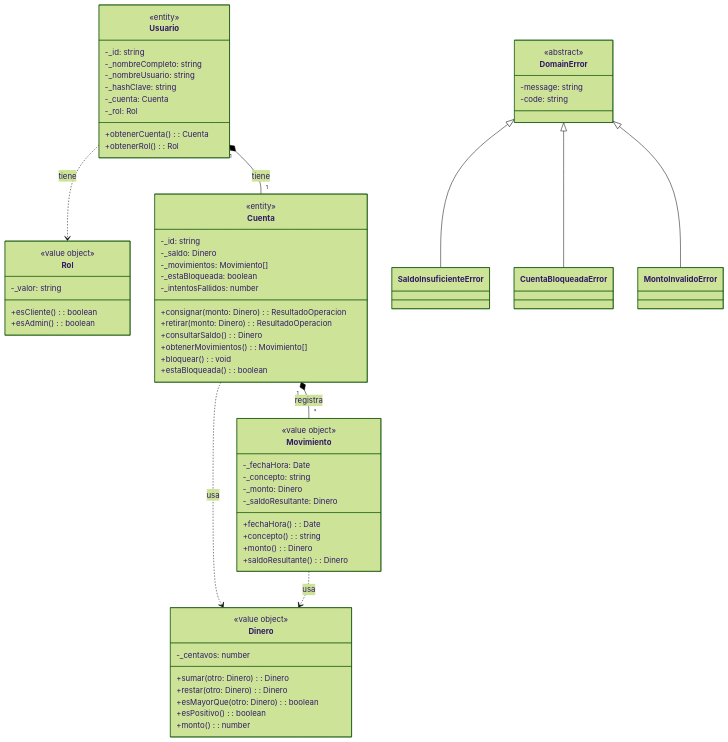
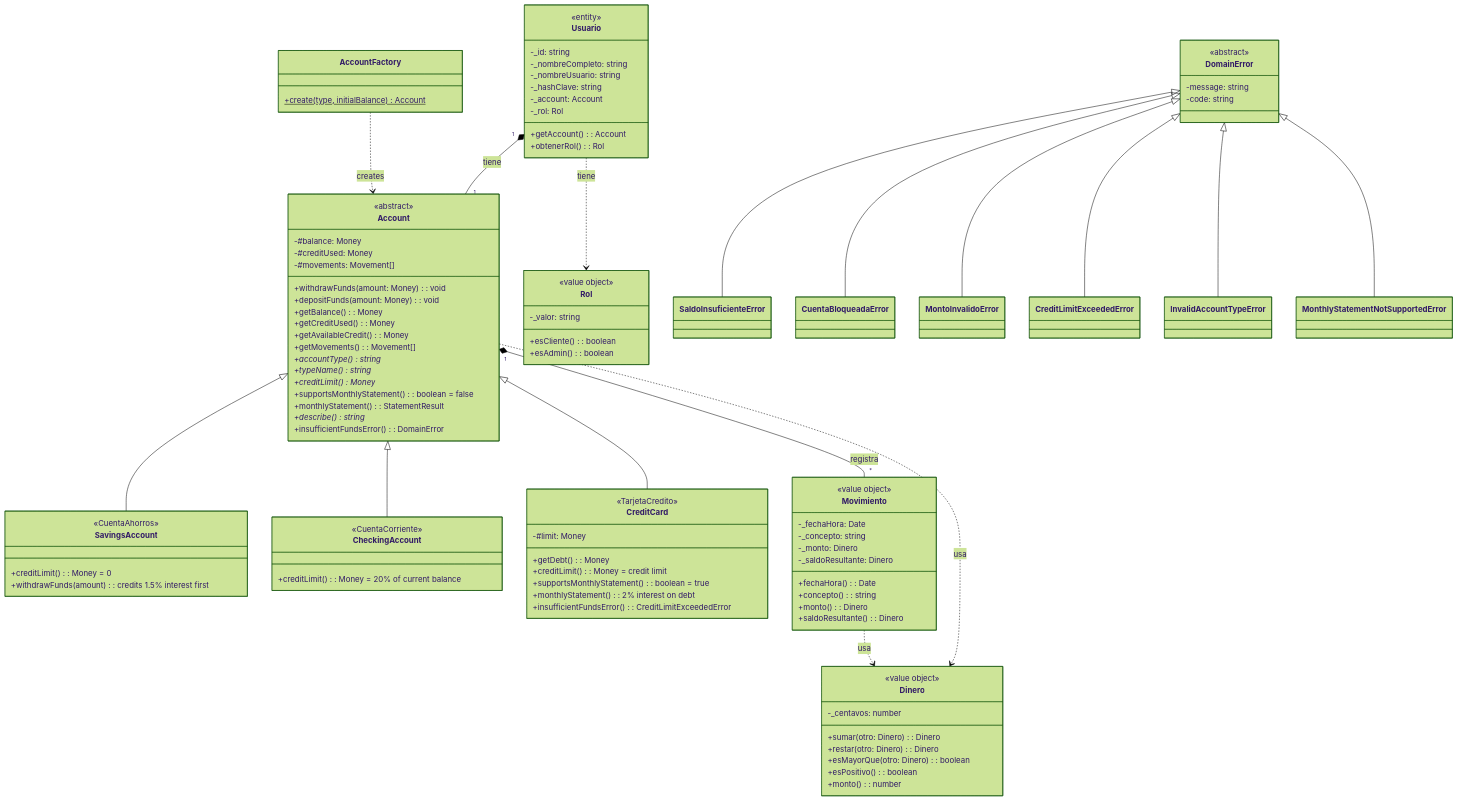
One commit to raskolnikov1984/mybank-app-js changed the diagram in docs/UML-Diagram.mmd. Above: the diagram before and after it, drawn with Mermaid (forest theme). The commit also changed 19 other files, not shown here.

```diff
--- a/docs/UML-Diagram.mmd
+++ b/docs/UML-Diagram.mmd
@@ -1,77 +1,117 @@
 classDiagram
     direction TB
 
     class Dinero {
         <<value object>>
         -_centavos: number
         +sumar(otro: Dinero): Dinero
         +restar(otro: Dinero): Dinero
         +esMayorQue(otro: Dinero): boolean
         +esPositivo(): boolean
         +monto(): number
     }
 
     class Movimiento {
         <<value object>>
         -_fechaHora: Date
         -_concepto: string
         -_monto: Dinero
         -_saldoResultante: Dinero
         +fechaHora(): Date
         +concepto(): string
         +monto(): Dinero
         +saldoResultante(): Dinero
     }
 
     class Rol {
         <<value object>>
         -_valor: string
         +esCliente(): boolean
         +esAdmin(): boolean
     }
 
-    class Cuenta {
-        <<entity>>
-        -_id: string
-        -_saldo: Dinero
-        -_movimientos: Movimiento[]
-        -_estaBloqueada: boolean
-        -_intentosFallidos: number
-        +consignar(monto: Dinero): ResultadoOperacion
-        +retirar(monto: Dinero): ResultadoOperacion
-        +consultarSaldo(): Dinero
-        +obtenerMovimientos(): Movimiento[]
-        +bloquear(): void
-        +estaBloqueada(): boolean
+    class Account {
+        <<abstract>>
+        -#balance: Money
+        -#creditUsed: Money
+        -#movements: Movement[]
+        +withdrawFunds(amount: Money): void
+        +depositFunds(amount: Money): void
+        +getBalance(): Money
+        +getCreditUsed(): Money
+        +getAvailableCredit(): Money
+        +getMovements(): Movement[]
+        +accountType()* string
+        +typeName()* string
+        +creditLimit()* Money
+        +supportsMonthlyStatement(): boolean = false
+        +monthlyStatement(): StatementResult
+        +describe()* string
+        +insufficientFundsError(): DomainError
+    }
+
+    class SavingsAccount {
+        <<CuentaAhorros>>
+        +creditLimit(): Money = 0
+        +withdrawFunds(amount): credits 1.5% interest first
+    }
+
+    class CheckingAccount {
+        <<CuentaCorriente>>
+        +creditLimit(): Money = 20% of current balance
+    }
+
+    class CreditCard {
+        <<TarjetaCredito>>
+        -#limit: Money
+        +getDebt(): Money
+        +creditLimit(): Money = credit limit
+        +supportsMonthlyStatement(): boolean = true
+        +monthlyStatement(): 2% interest on debt
+        +insufficientFundsError(): CreditLimitExceededError
+    }
+
+    class AccountFactory {
+        +create(type, initialBalance)$ Account
     }
 
     class Usuario {
         <<entity>>
         -_id: string
         -_nombreCompleto: string
         -_nombreUsuario: string
         -_hashClave: string
-        -_cuenta: Cuenta
+        -_account: Account
         -_rol: Rol
-        +obtenerCuenta(): Cuenta
+        +getAccount(): Account
         +obtenerRol(): Rol
     }
 
     class DomainError {
         <<abstract>>
         -message: string
         -code: string
     }
 
     class SaldoInsuficienteError
+    class CreditLimitExceededError
+    class InvalidAccountTypeError
+    class MonthlyStatementNotSupportedError
     class CuentaBloqueadaError
     class MontoInvalidoError
 
-    Cuenta "1" *-- "*" Movimiento : registra
-    Usuario "1" *-- "1" Cuenta : tiene
-    Cuenta ..> Dinero : usa
+    Account <|-- SavingsAccount
+    Account <|-- CheckingAccount
+    Account <|-- CreditCard
+    AccountFactory ..> Account : creates
+    Account "1" *-- "*" Movimiento : registra
+    Usuario "1" *-- "1" Account : tiene
+    Account ..> Dinero : usa
     Movimiento ..> Dinero : usa
     Usuario ..> Rol : tiene
     DomainError <|-- SaldoInsuficienteError
     DomainError <|-- CuentaBloqueadaError
     DomainError <|-- MontoInvalidoError
+    DomainError <|-- CreditLimitExceededError
+    DomainError <|-- InvalidAccountTypeError
+    DomainError <|-- MonthlyStatementNotSupportedError
```
